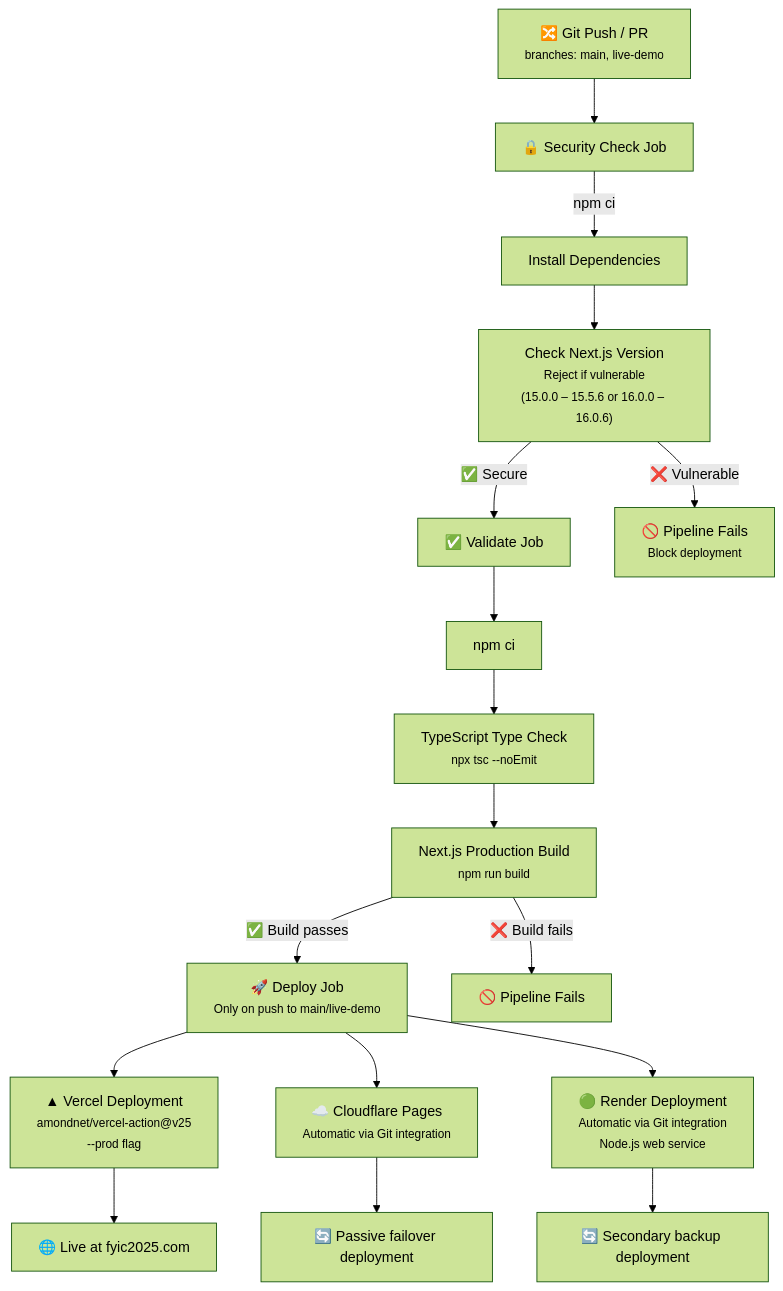
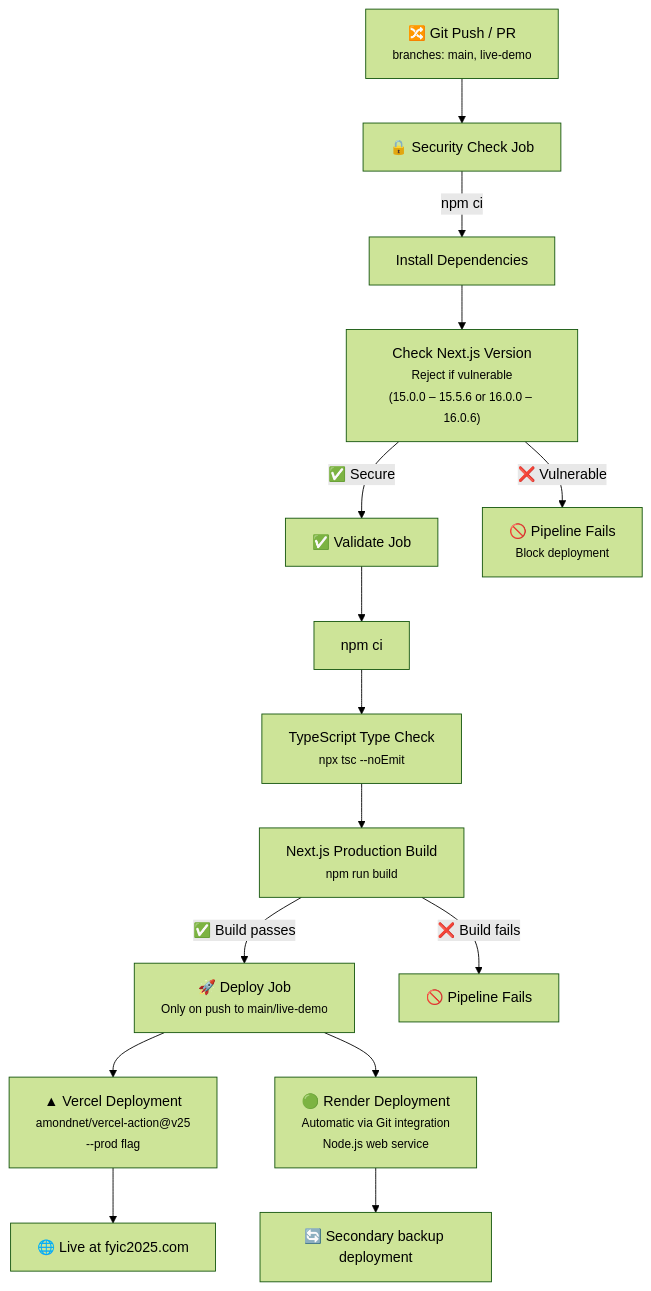
One commit to johnnietse/2025-fyic changed the fifth of 7 diagrams in README.md. Above: the diagram before and after it, drawn with Mermaid (forest theme). The commit also changed other lines of this file and 3 other files, not shown here.

Commit message:
chore: remove unused Cloudflare Pages deployment configuration and docs

````diff
--- a/README.md
+++ b/README.md
@@ -278,26 +275,24 @@
 ```mermaid
 flowchart TD
     Push["🔀 Git Push / PR<br/><small>branches: main, live-demo</small>"]
 
     Push --> Security["🔒 Security Check Job"]
     Security --> |"npm ci"| InstallSec["Install Dependencies"]
     InstallSec --> CVECheck["Check Next.js Version<br/><small>Reject if vulnerable<br/>(15.0.0 – 15.5.6 or 16.0.0 – 16.0.6)</small>"]
 
     CVECheck --> |"✅ Secure"| Validate["✅ Validate Job"]
     CVECheck --> |"❌ Vulnerable"| Fail["🚫 Pipeline Fails<br/><small>Block deployment</small>"]
 
     Validate --> InstallVal["npm ci"]
     InstallVal --> TypeCheck["TypeScript Type Check<br/><small>npx tsc --noEmit</small>"]
     TypeCheck --> Build["Next.js Production Build<br/><small>npm run build</small>"]
 
     Build --> |"✅ Build passes"| Deploy["🚀 Deploy Job<br/><small>Only on push to main/live-demo</small>"]
     Build --> |"❌ Build fails"| FailBuild["🚫 Pipeline Fails"]
 
     Deploy --> VercelDeploy["▲ Vercel Deployment<br/><small>amondnet/vercel-action@v25</small><br/><small>--prod flag</small>"]
-    Deploy --> CFDeploy["☁️ Cloudflare Pages<br/><small>Automatic via Git integration</small>"]
     Deploy --> RenderDeploy["🟢 Render Deployment<br/><small>Automatic via Git integration</small><br/><small>Node.js web service</small>"]
 
     VercelDeploy --> Live["🌐 Live at fyic2025.com"]
-    CFDeploy --> Backup["🔄 Passive failover deployment"]
     RenderDeploy --> RenderBackup["🔄 Secondary backup deployment"]
 ```
````
